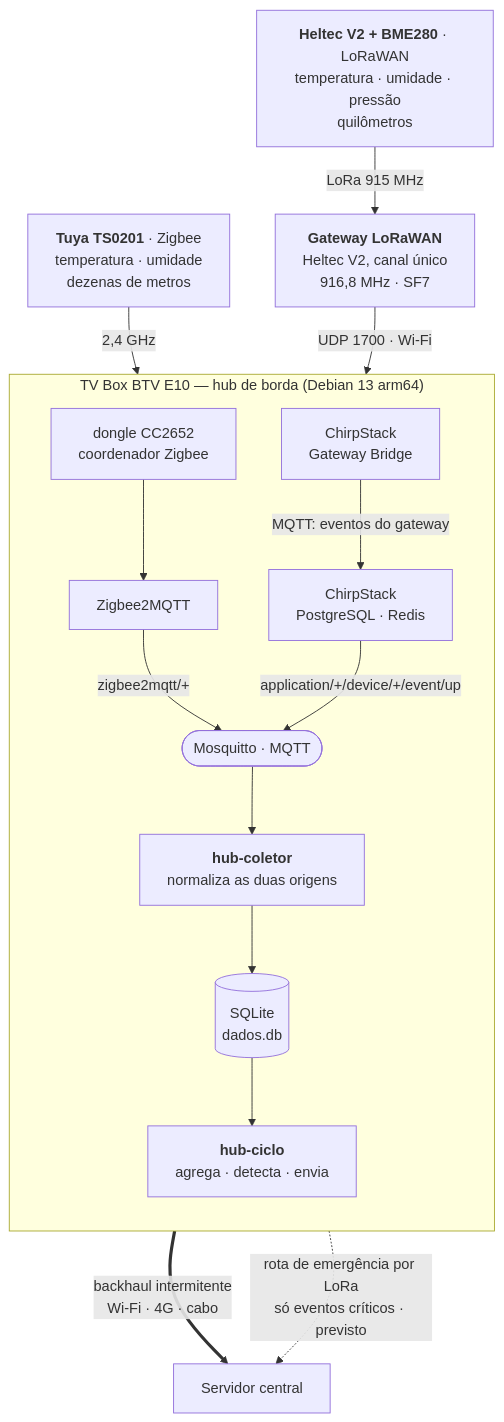
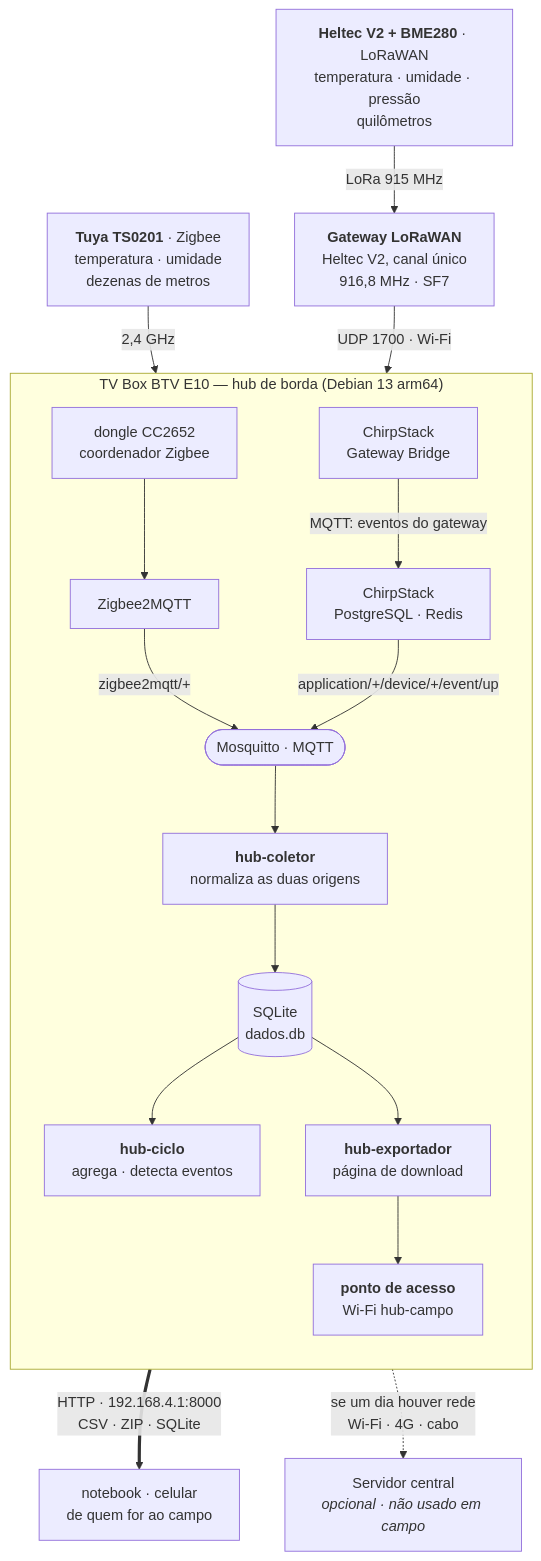
The first of 2 diagrams in Projeto Equipe 6/README.md (gasiepgodoy/Hackathon-TV-Box-E10), drawn with Mermaid before and after one commit. The commit also changed other lines of this file and 15 other files, not shown here.

````diff
--- a/Projeto Equipe 6/README.md
+++ b/Projeto Equipe 6/README.md
@@ -36,28 +39,32 @@
 ```mermaid
 flowchart TB
     TS["<b>Tuya TS0201</b> · Zigbee<br/>temperatura · umidade<br/>dezenas de metros"]
     NO["<b>Heltec V2 + BME280</b> · LoRaWAN<br/>temperatura · umidade · pressão<br/>quilômetros"]
     GW["<b>Gateway LoRaWAN</b><br/>Heltec V2, canal único<br/>916,8 MHz · SF7"]
 
     subgraph BOX["TV Box BTV E10 — hub de borda (Debian 13 arm64)"]
         direction TB
         DG["dongle CC2652<br/>coordenador Zigbee"]
         Z2M["Zigbee2MQTT"]
         BR["ChirpStack<br/>Gateway Bridge"]
         CS["ChirpStack<br/>PostgreSQL · Redis"]
         MQ(["Mosquitto · MQTT"])
         COL["<b>hub-coletor</b><br/>normaliza as duas origens"]
         DB[("SQLite<br/>dados.db")]
-        CIC["<b>hub-ciclo</b><br/>agrega · detecta · envia"]
+        CIC["<b>hub-ciclo</b><br/>agrega · detecta eventos"]
+        AP["<b>ponto de acesso</b><br/>Wi-Fi hub-campo"]
+        EXP["<b>hub-exportador</b><br/>página de download"]
     end
 
-    SRV["Servidor central"]
+    NB["notebook · celular<br/>de quem for ao campo"]
+    SRV["Servidor central<br/><i>opcional · não usado em campo</i>"]
 
     TS -->|"2,4 GHz"| DG --> Z2M -->|"zigbee2mqtt/+"| MQ
     NO -->|"LoRa 915 MHz"| GW -->|"UDP 1700 · Wi-Fi"| BR
     BR -->|"MQTT: eventos do gateway"| CS
     CS -->|"application/+/device/+/event/up"| MQ
     MQ --> COL --> DB --> CIC
-    CIC ==>|"backhaul intermitente<br/>Wi-Fi · 4G · cabo"| SRV
-    CIC -.->|"rota de emergência por LoRa<br/>só eventos críticos · previsto"| SRV
+    DB --> EXP --> AP
+    AP ==>|"HTTP · 192.168.4.1:8000<br/>CSV · ZIP · SQLite"| NB
+    CIC -.->|"se um dia houver rede<br/>Wi-Fi · 4G · cabo"| SRV
 ```
````
